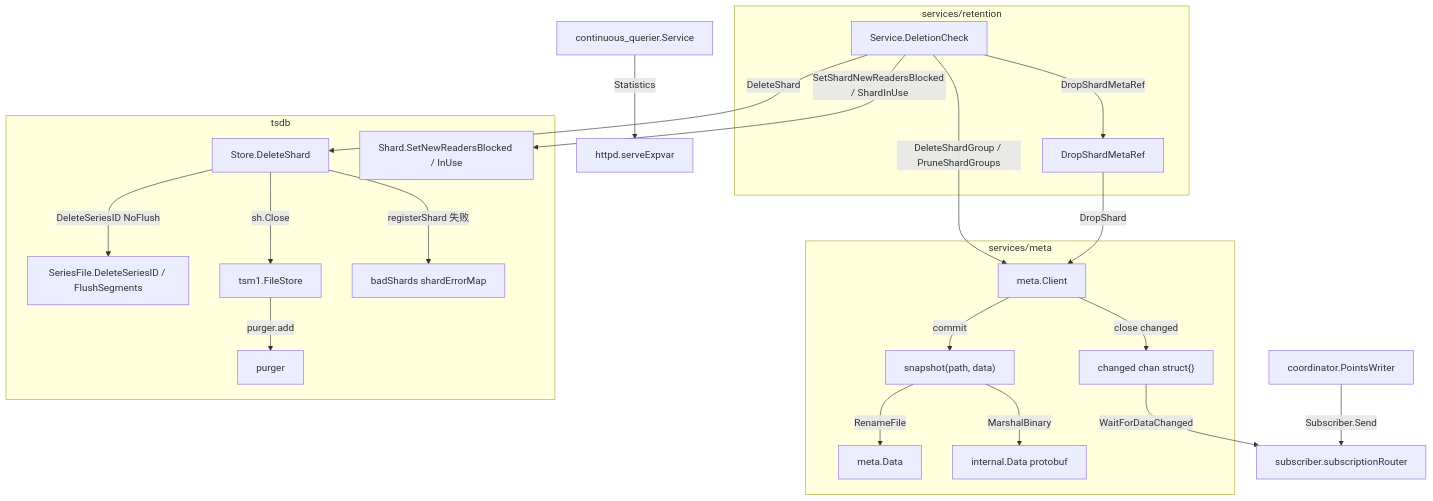
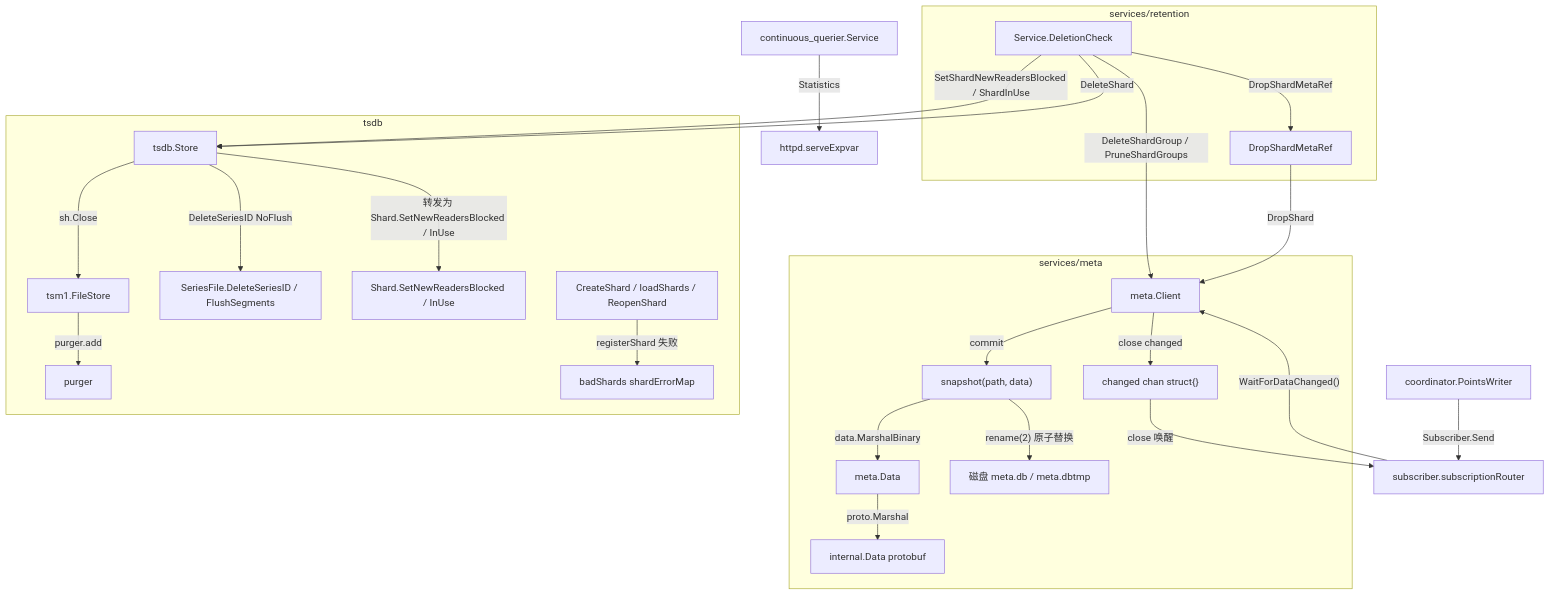
The first of 2 diagrams in docs/specs/v1.8.10-vs-v1.12.3/05_meta_background_diff.md (stefanv5/influxdb), drawn with Mermaid before and after one commit. The commit also changed other lines of this file and 7 other files, not shown here.

First line of the commit message:
docs: fix code snippets and flows in the version-diff study

````diff
--- a/docs/specs/v1.8.10-vs-v1.12.3/05_meta_background_diff.md
+++ b/docs/specs/v1.8.10-vs-v1.12.3/05_meta_background_diff.md
@@ -45,43 +45,48 @@
 ```mermaid
 flowchart TB
     subgraph META["services/meta"]
         MC["meta.Client"]
         MD["meta.Data"]
         SNAP["snapshot(path, data)"]
         PB["internal.Data protobuf"]
+        DISK["磁盘 meta.db / meta.dbtmp"]
         CH["changed chan struct{}"]
     end
     subgraph RET["services/retention"]
         DC["Service.DeletionCheck"]
         DSM["DropShardMetaRef"]
     end
     subgraph TSDB["tsdb"]
-        ST["Store.DeleteShard"]
+        ST["tsdb.Store"]
+        CS["CreateShard / loadShards / ReopenShard"]
         SF["SeriesFile.DeleteSeriesID / FlushSegments"]
         SH["Shard.SetNewReadersBlocked / InUse"]
         FS["tsm1.FileStore"]
         PG["purger"]
         BS["badShards shardErrorMap"]
     end
     SUB["subscriber.subscriptionRouter"]
     WR["coordinator.PointsWriter"]
     CQ["continuous_querier.Service"]
     HW["httpd.serveExpvar"]
 
     MC -->|"commit"| SNAP
-    SNAP -->|"MarshalBinary"| PB
-    SNAP -->|"RenameFile"| MD
+    SNAP -->|"data.MarshalBinary"| MD
+    MD -->|"proto.Marshal"| PB
+    SNAP -->|"rename(2) 原子替换"| DISK
     MC -->|"close changed"| CH
-    CH -->|"WaitForDataChanged"| SUB
+    SUB -->|"WaitForDataChanged()"| MC
+    CH -->|"close 唤醒"| SUB
     DC -->|"DeleteShardGroup / PruneShardGroups"| MC
-    DC -->|"SetShardNewReadersBlocked / ShardInUse"| SH
+    DC -->|"SetShardNewReadersBlocked / ShardInUse"| ST
+    ST -->|"转发为 Shard.SetNewReadersBlocked / InUse"| SH
     DC -->|"DeleteShard"| ST
     DC -->|"DropShardMetaRef"| DSM
     DSM -->|"DropShard"| MC
     ST -->|"DeleteSeriesID NoFlush"| SF
     ST -->|"sh.Close"| FS
     FS -->|"purger.add"| PG
-    ST -->|"registerShard 失败"| BS
+    CS -->|"registerShard 失败"| BS
     WR -->|"Subscriber.Send"| SUB
     CQ -->|"Statistics"| HW
 ```
````
